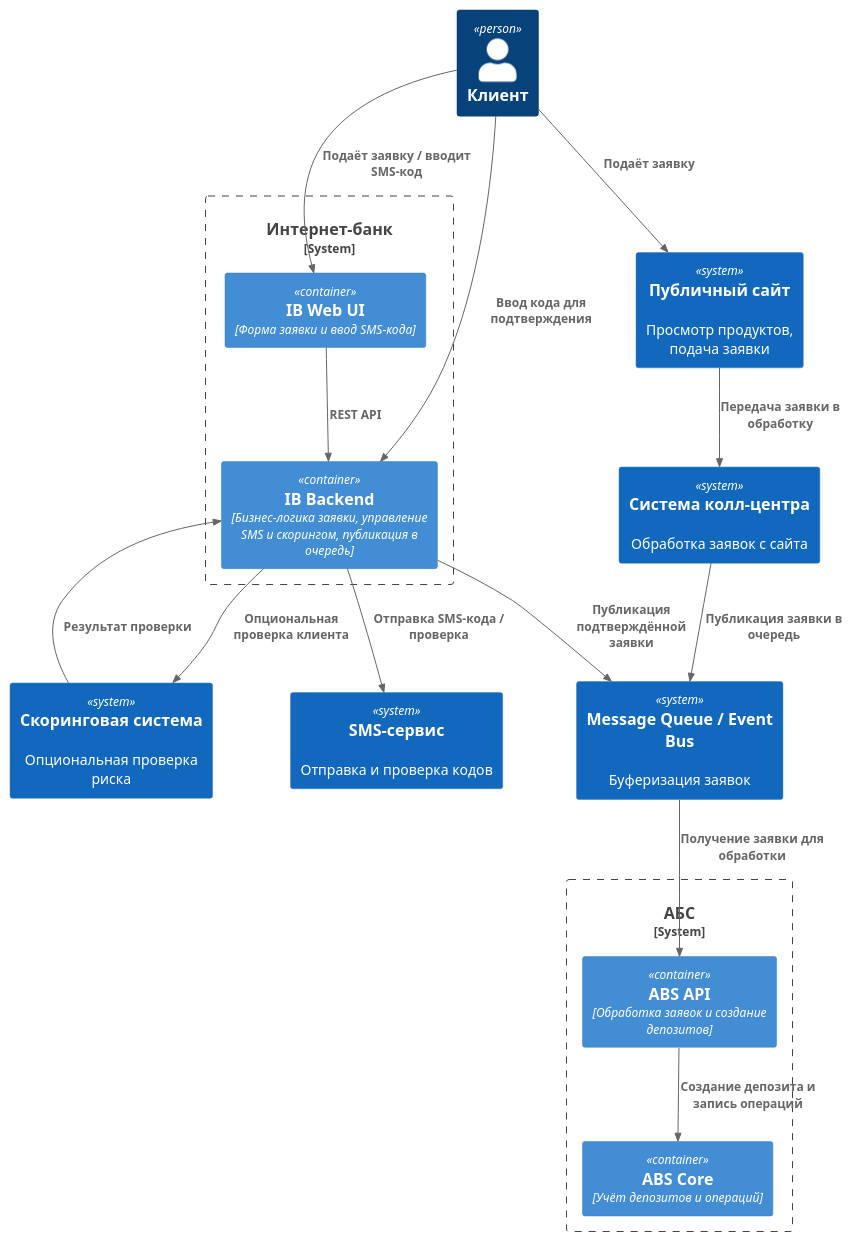
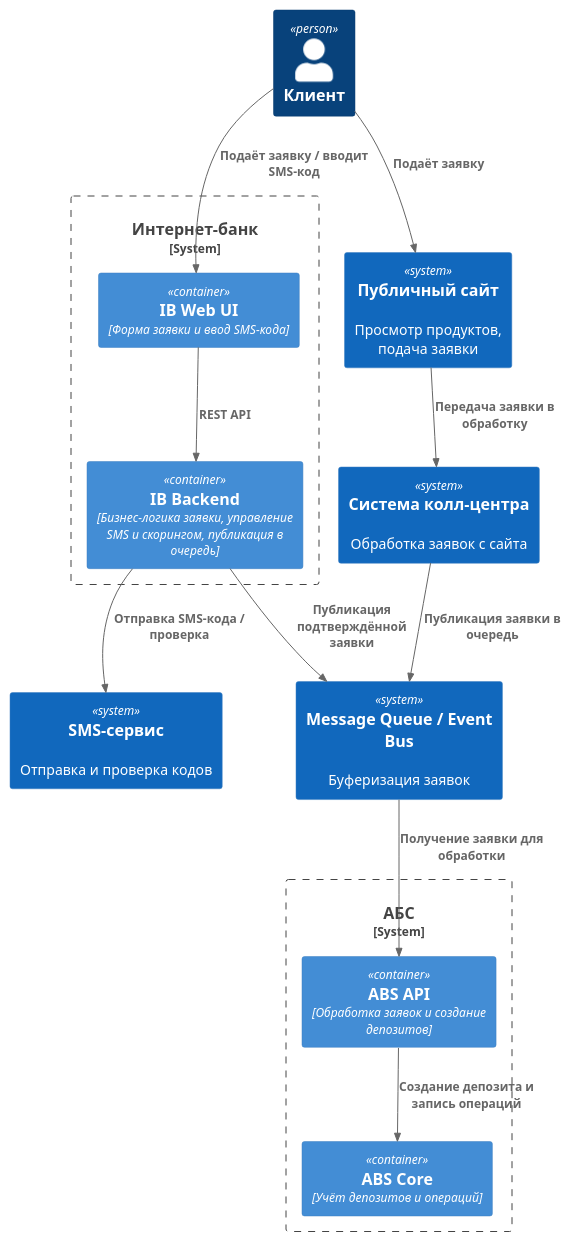
One commit to Ali-esenturov/architecture-pro-standart changed the diagram in Task3/container_diagram.puml. Above: the diagram before and after it, drawn with PlantUML. The commit also changed 4 other files, not shown here.

```diff
--- a/Task3/container_diagram.puml
+++ b/Task3/container_diagram.puml
@@ -1,38 +1,33 @@
 @startuml
 !include https://raw.githubusercontent.com/plantuml-stdlib/C4-PlantUML/master/C4_Container.puml
 
 Person(customer, "Клиент")
 
 System(public_site, "Публичный сайт", "Просмотр продуктов, подача заявки")
 System(callcenter, "Система колл-центра", "Обработка заявок с сайта")
 System(mq, "Message Queue / Event Bus", "Буферизация заявок")
-System(scoring, "Скоринговая система", "Опциональная проверка риска")
 System(sms_service, "SMS-сервис", "Отправка и проверка кодов")
 
 System_Boundary(ib_sys, "Интернет-банк") {
     Container(ib_ui, "IB Web UI", "Форма заявки и ввод SMS-кода")
     Container(ib_backend, "IB Backend", "Бизнес-логика заявки, управление SMS и скорингом, публикация в очередь")
 }
 
 System_Boundary(abs_sys, "АБС") {
     Container(abs_api, "ABS API", "Обработка заявок и создание депозитов")
     Container(abs_core, "ABS Core", "Учёт депозитов и операций")
 }
 
 Rel(customer, public_site, "Подаёт заявку")
 Rel(public_site, callcenter, "Передача заявки в обработку")
 Rel(callcenter, mq, "Публикация заявки в очередь")
 
 Rel(customer, ib_ui, "Подаёт заявку / вводит SMS-код")
 Rel(ib_ui, ib_backend, "REST API")
 Rel(ib_backend, sms_service, "Отправка SMS-кода / проверка")
-Rel(customer, ib_backend, "Ввод кода для подтверждения")
-
-Rel(ib_backend, scoring, "Опциональная проверка клиента")
-Rel(scoring, ib_backend, "Результат проверки")
 
 Rel(ib_backend, mq, "Публикация подтверждённой заявки")
 Rel(mq, abs_api, "Получение заявки для обработки")
 Rel(abs_api, abs_core, "Создание депозита и запись операций")
 
 @enduml
```
